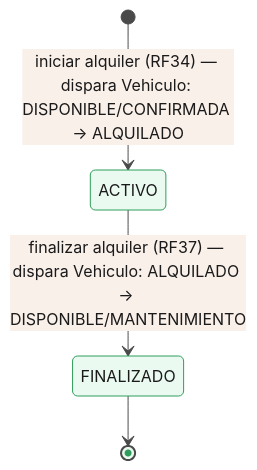
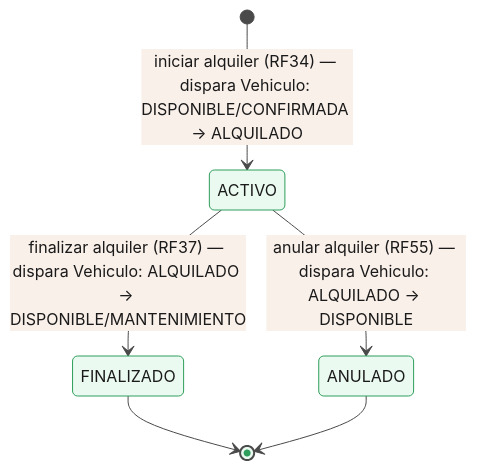
Before and after one commit to chaarlyez/Sistema_de_alquiler_de_veh-culos: the diagram in docs/03-uml/fuentes/parte3-estados-alquiler.mmd, drawn with Mermaid. The commit also changed 9 other files, not shown here.

First line of the commit message:
docs(uml): agregar anulacion de alquiler e integrar borrado logico (parte 3)

```diff
--- a/docs/03-uml/fuentes/parte3-estados-alquiler.mmd
+++ b/docs/03-uml/fuentes/parte3-estados-alquiler.mmd
@@ -1,17 +1,21 @@
 %%{init: {'theme': 'base', 'themeVariables': {
   'background': '#ffffff',
   'primaryColor': '#eafaf0',
   'primaryBorderColor': '#2f9e5c',
   'primaryTextColor': '#1a1a1a',
   'lineColor': '#4a4a4a',
   'textColor': '#1a1a1a'
 }}}%%
 stateDiagram-v2
     [*] --> ACTIVO : iniciar alquiler (RF34) — dispara Vehiculo: DISPONIBLE/CONFIRMADA -> ALQUILADO
     ACTIVO --> FINALIZADO : finalizar alquiler (RF37) — dispara Vehiculo: ALQUILADO -> DISPONIBLE/MANTENIMIENTO
+    ACTIVO --> ANULADO : anular alquiler (RF55) — dispara Vehiculo: ALQUILADO -> DISPONIBLE
     FINALIZADO --> [*]
+    ANULADO --> [*]
 
     classDef active fill:#eafaf0,stroke:#2f9e5c,color:#1a1a1a
     classDef done fill:#eef6ff,stroke:#2a6fb0,color:#1a1a1a
+    classDef voided fill:#f0f0f0,stroke:#9aa5b1,color:#5a5a5a
     class ACTIVO:::active
     class FINALIZADO:::done
+    class ANULADO:::voided
```
